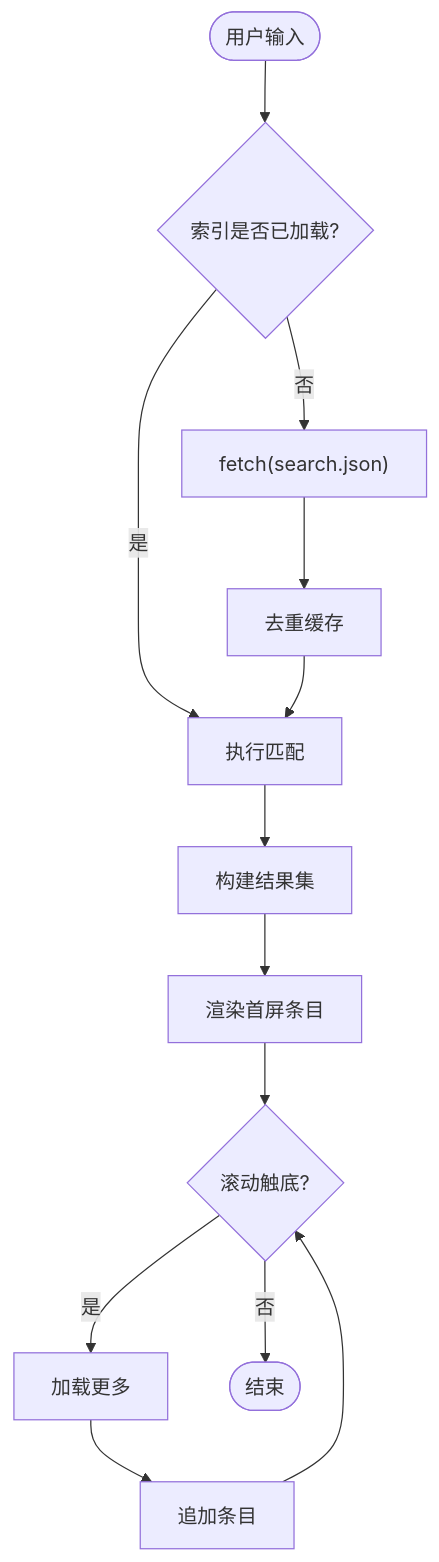
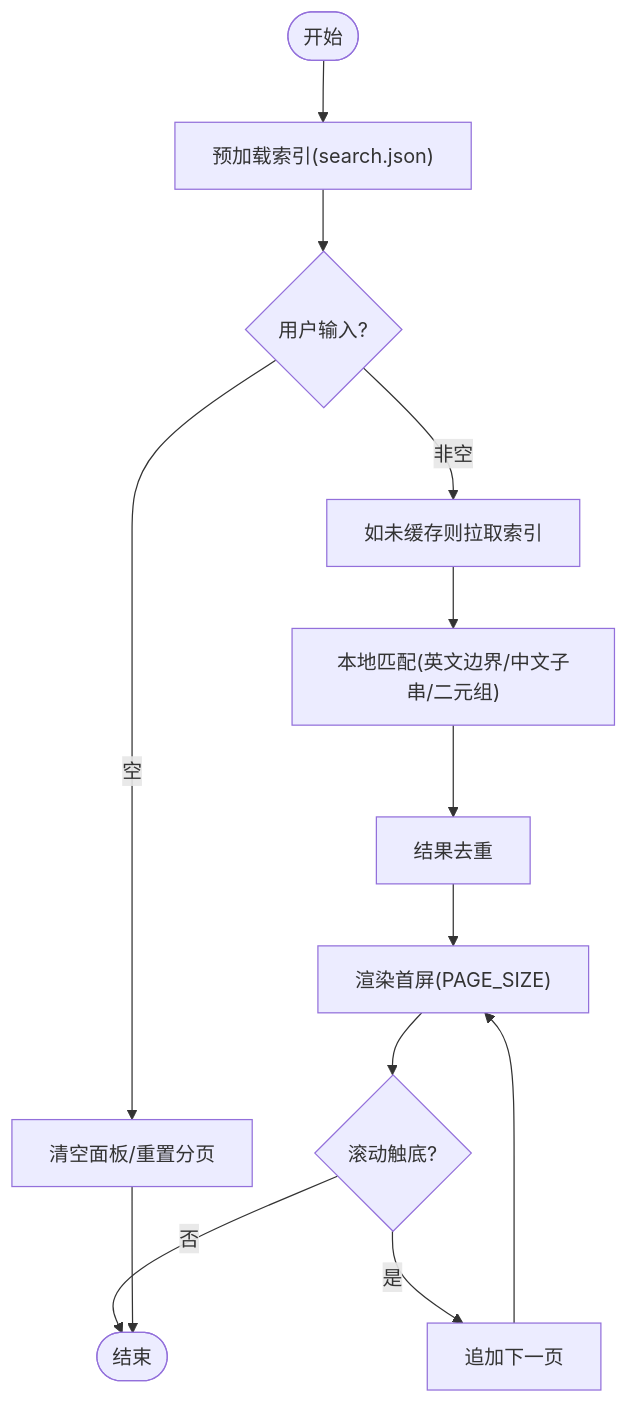
One commit to LZC6244/lzc6244.github.io changed the third of 4 diagrams in .qoder/repowiki/zh/content/主题定制/主题定制.md. Above: the diagram before and after it, drawn with Mermaid. The commit also changed other lines of this file and 104 other files, not shown here.

````diff
--- a/.qoder/repowiki/zh/content/主题定制/主题定制.md
+++ b/.qoder/repowiki/zh/content/主题定制/主题定制.md
@@ -203,15 +232,15 @@
 ```mermaid
 flowchart TD
-Start(["用户输入"]) --> Preload{"索引是否已加载?"}
-Preload --> |否| Fetch["fetch(search.json)"]
-Preload --> |是| Search["执行匹配"]
-Fetch --> Dedup["去重缓存"]
-Dedup --> Search
-Search --> Build["构建结果集"]
-Build --> Render["渲染首屏条目"]
-Render --> ScrollCheck{"滚动触底?"}
-ScrollCheck --> |是| LoadMore["加载更多"]
-ScrollCheck --> |否| End(["结束"])
-LoadMore --> Append["追加条目"]
-Append --> ScrollCheck
+Start(["开始"]) --> Preload["预加载索引(search.json)"]
+Preload --> Input{"用户输入?"}
+Input --> |空| Clear["清空面板/重置分页"]
+Input --> |非空| Fetch["如未缓存则拉取索引"]
+Fetch --> Match["本地匹配(英文边界/中文子串/二元组)"]
+Match --> Dedup["结果去重"]
+Dedup --> Render["渲染首屏(PAGE_SIZE)"]
+Render --> Scroll{"滚动触底?"}
+Scroll --> |是| LoadMore["追加下一页"]
+Scroll --> |否| End(["结束"])
+LoadMore --> Render
+Clear --> End
 ```
````
